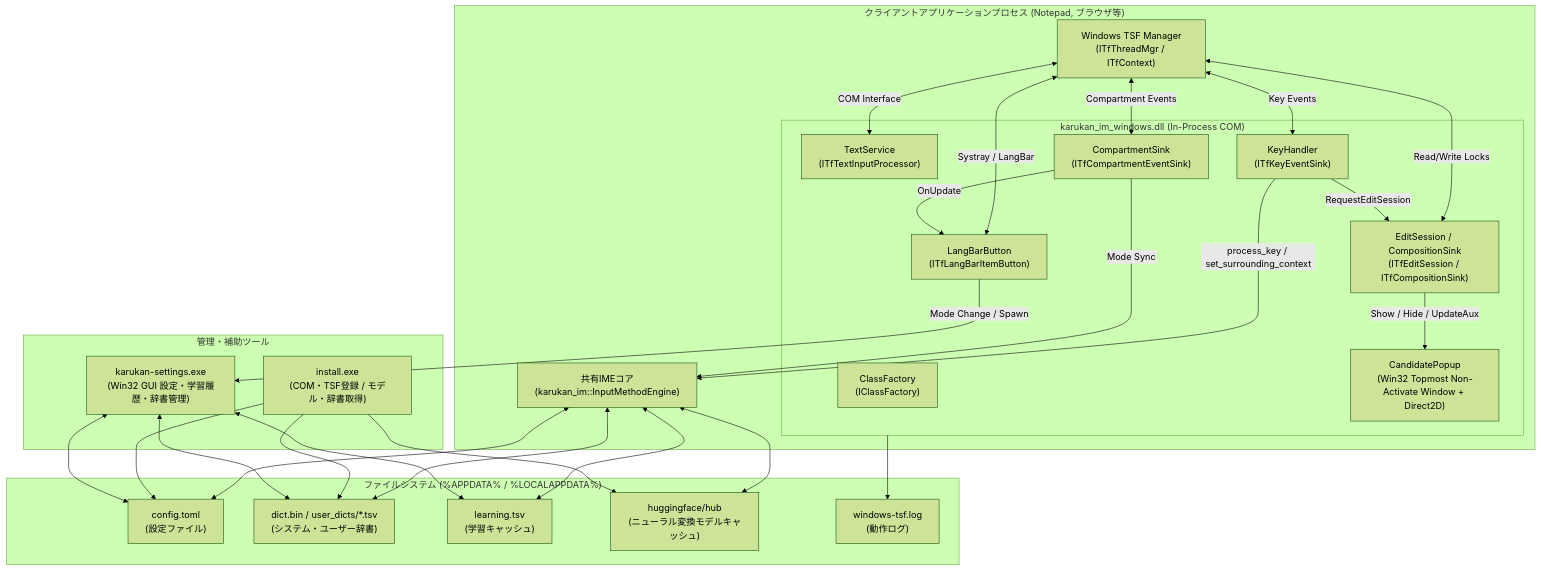
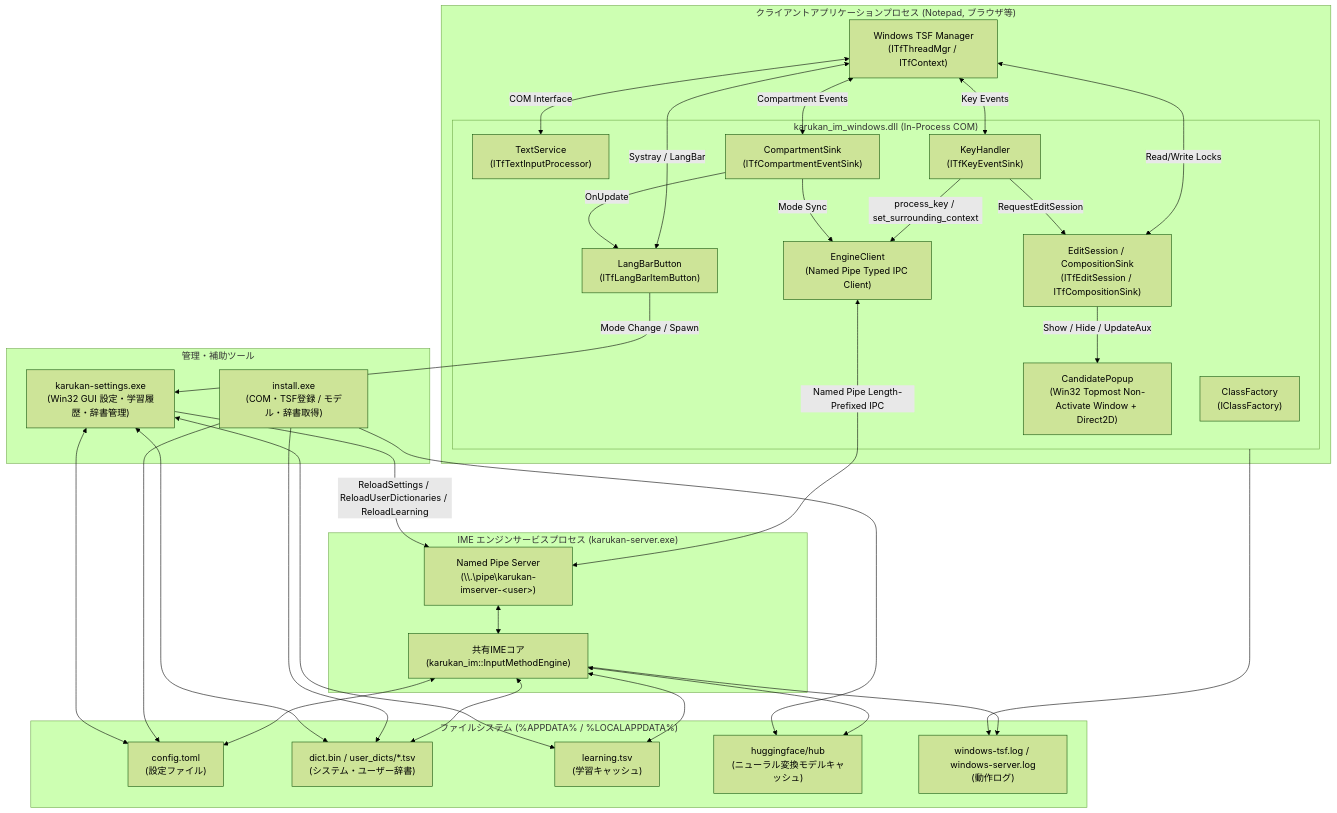
The first of 2 diagrams in karukan-im/windows/DESIGN.md (kachaya-ime/karukan), drawn with Mermaid (forest theme) before and after one commit. The commit also changed other lines of this file and 18 other files, not shown here.

````diff
--- a/karukan-im/windows/DESIGN.md
+++ b/karukan-im/windows/DESIGN.md
@@ -23,54 +24,63 @@
 ```mermaid
 flowchart TB
     subgraph AppProcess["クライアントアプリケーションプロセス (Notepad, ブラウザ等)"]
         TSF["Windows TSF Manager<br/>(ITfThreadMgr / ITfContext)"]
         subgraph TIP["karukan_im_windows.dll (In-Process COM)"]
             CF["ClassFactory<br/>(IClassFactory)"]
             TS["TextService<br/>(ITfTextInputProcessor)"]
             KH["KeyHandler<br/>(ITfKeyEventSink)"]
             ES["EditSession / CompositionSink<br/>(ITfEditSession / ITfCompositionSink)"]
             CS["CompartmentSink<br/>(ITfCompartmentEventSink)"]
             LB["LangBarButton<br/>(ITfLangBarItemButton)"]
             CW["CandidatePopup<br/>(Win32 Topmost Non-Activate Window + Direct2D)"]
+            EC["EngineClient<br/>(Named Pipe Typed IPC Client)"]
         end
-        Core["共有IMEコア<br/>(karukan_im::InputMethodEngine)"]
+    end
+
+    subgraph EngineService["IME エンジンサービスプロセス (karukan-server.exe)"]
+        PIPE["Named Pipe Server<br/>(\\.\pipe\karukan-imserver-&lt;user&gt;)"]
+        IMS["共有IMEコア<br/>(karukan_im::InputMethodEngine)"]
     end
 
     subgraph ExternalTools["管理・補助ツール"]
         INST["install.exe<br/>(COM・TSF登録 / モデル・辞書取得)"]
         SET["karukan-settings.exe<br/>(Win32 GUI 設定・学習履歴・辞書管理)"]
     end
 
     subgraph Storage["ファイルシステム (%APPDATA% / %LOCALAPPDATA%)"]
         CFG["config.toml<br/>(設定ファイル)"]
         DICT["dict.bin / user_dicts/*.tsv<br/>(システム・ユーザー辞書)"]
         LEARN["learning.tsv<br/>(学習キャッシュ)"]
         HF["huggingface/hub<br/>(ニューラル変換モデルキャッシュ)"]
-        LOG["windows-tsf.log<br/>(動作ログ)"]
+        LOG["windows-tsf.log / windows-server.log<br/>(動作ログ)"]
     end
 
     TSF <-->|COM Interface| TS
     TSF <-->|Key Events| KH
     TSF <-->|Read/Write Locks| ES
     TSF <-->|Compartment Events| CS
     TSF <-->|Systray / LangBar| LB
 
-    KH -->|process_key / set_surrounding_context| Core
+    KH -->|process_key / set_surrounding_context| EC
+    EC <-->|Named Pipe Length-Prefixed IPC| PIPE
+    PIPE <--> IMS
     KH -->|RequestEditSession| ES
     ES -->|Show / Hide / UpdateAux| CW
-    CS -->|Mode Sync| Core
+    CS -->|Mode Sync| EC
     CS -->|OnUpdate| LB
     LB -->|Mode Change / Spawn| SET
 
-    Core <--> CFG
-    Core <--> DICT
-    Core <--> LEARN
-    Core <--> HF
+    IMS <--> CFG
+    IMS <--> DICT
+    IMS <--> LEARN
+    IMS <--> HF
     TIP --> LOG
+    IMS --> LOG
     INST --> DICT
     INST --> HF
     INST --> CFG
     SET <--> CFG
     SET <--> LEARN
     SET <--> DICT
+    SET -->|ReloadSettings / ReloadUserDictionaries / ReloadLearning| PIPE
 ```
````
